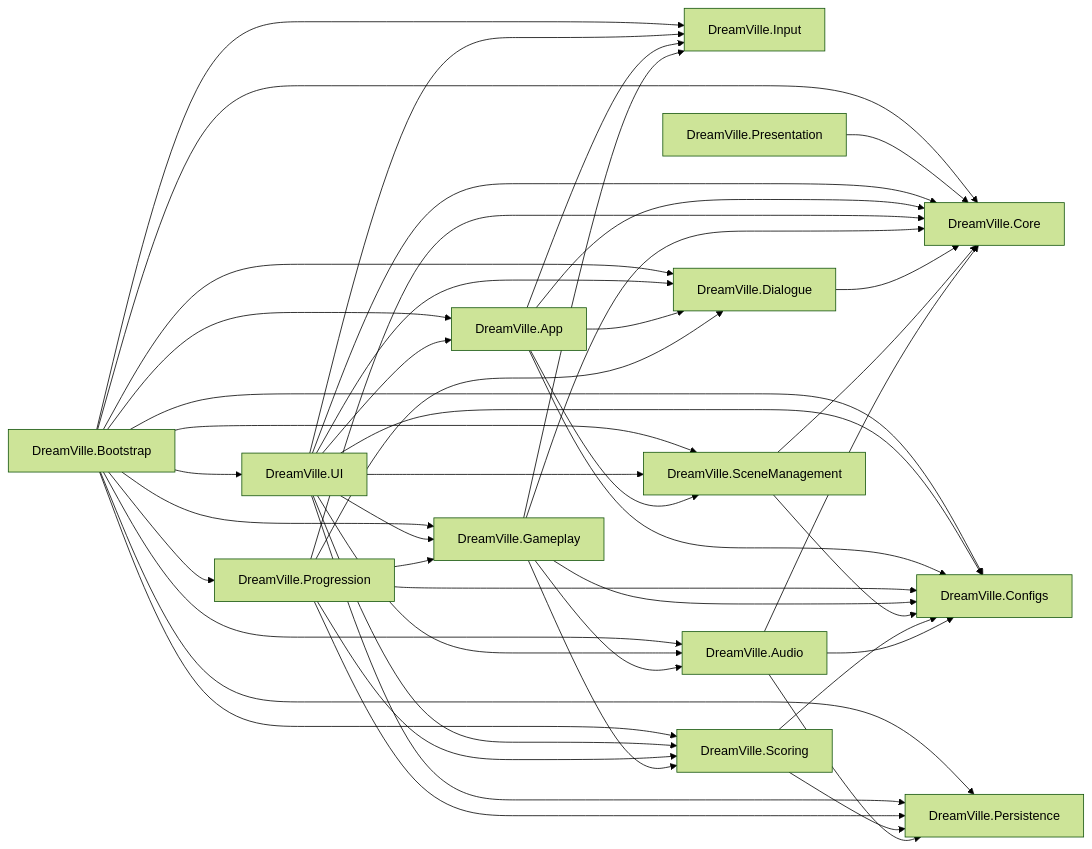
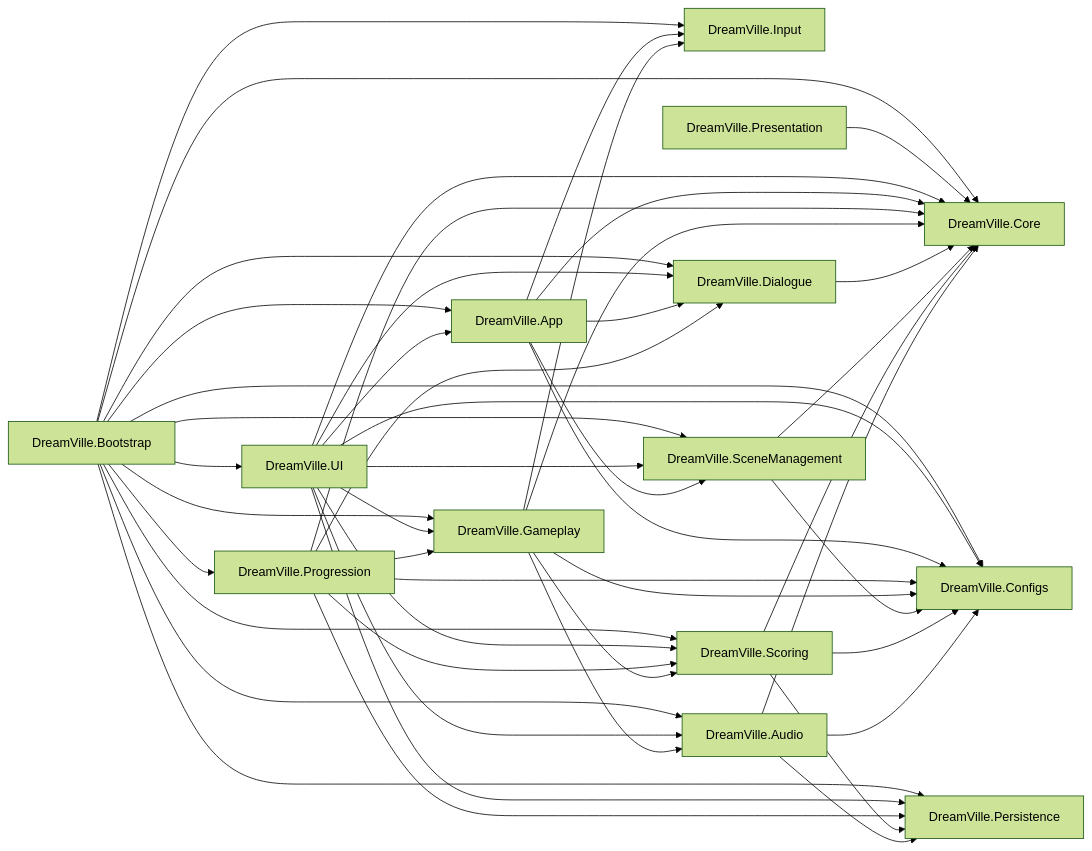
The diagram in Docs/adr/0002-assembly-layering.md (ruslanguba/DreamVille), drawn with Mermaid (forest theme) before and after one commit. The commit also changed other lines of this file and 5 other files, not shown here.

````diff
--- a/Docs/adr/0002-assembly-layering.md
+++ b/Docs/adr/0002-assembly-layering.md
@@ -14,65 +14,65 @@
 ```mermaid
 graph LR
     Configs[DreamVille.Configs]
     Core[DreamVille.Core]
     Input[DreamVille.Input]
     Persistence[DreamVille.Persistence]
     Audio[DreamVille.Audio]
     Scoring[DreamVille.Scoring]
     SceneManagement[DreamVille.SceneManagement]
     Dialogue[DreamVille.Dialogue]
     Gameplay[DreamVille.Gameplay]
     Progression[DreamVille.Progression]
     App[DreamVille.App]
     UI[DreamVille.UI]
     Presentation[DreamVille.Presentation]
     Bootstrap[DreamVille.Bootstrap]
 
     Audio --> Configs
     Audio --> Core
     Audio --> Persistence
     Scoring --> Configs
+    Scoring --> Core
     Scoring --> Persistence
     SceneManagement --> Core
     SceneManagement --> Configs
     Dialogue --> Core
     Gameplay --> Audio
     Gameplay --> Configs
     Gameplay --> Core
     Gameplay --> Input
     Gameplay --> Scoring
     Progression --> Configs
     Progression --> Core
     Progression --> Dialogue
     Progression --> Gameplay
     Progression --> Persistence
     Progression --> Scoring
     App --> Configs
     App --> Core
     App --> Dialogue
     App --> Input
     App --> SceneManagement
     UI --> App
     UI --> Audio
     UI --> Configs
     UI --> Core
     UI --> Dialogue
     UI --> Gameplay
-    UI --> Input
     UI --> Persistence
     UI --> SceneManagement
     UI --> Scoring
     Presentation --> Core
     Bootstrap --> App
     Bootstrap --> Audio
     Bootstrap --> Configs
     Bootstrap --> Core
     Bootstrap --> Dialogue
     Bootstrap --> Gameplay
     Bootstrap --> Input
     Bootstrap --> Persistence
     Bootstrap --> Progression
     Bootstrap --> SceneManagement
     Bootstrap --> Scoring
     Bootstrap --> UI
 ```
````
